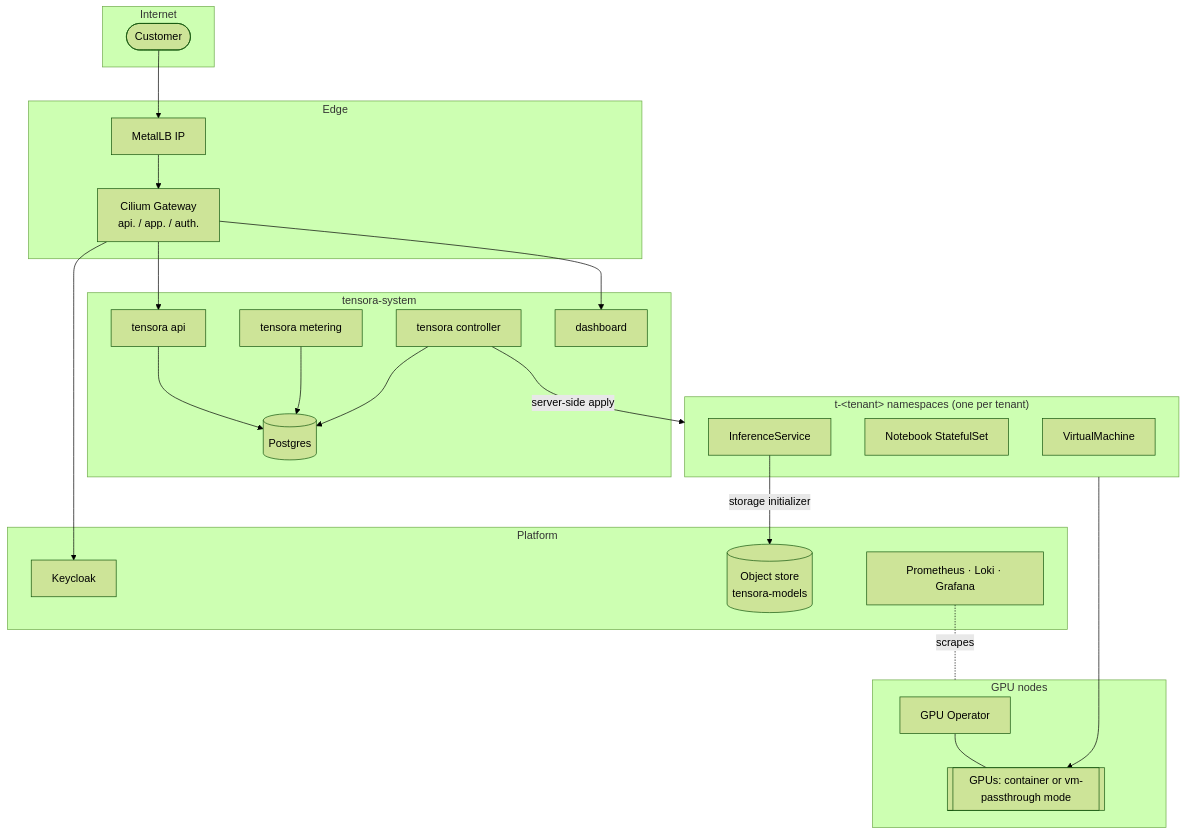
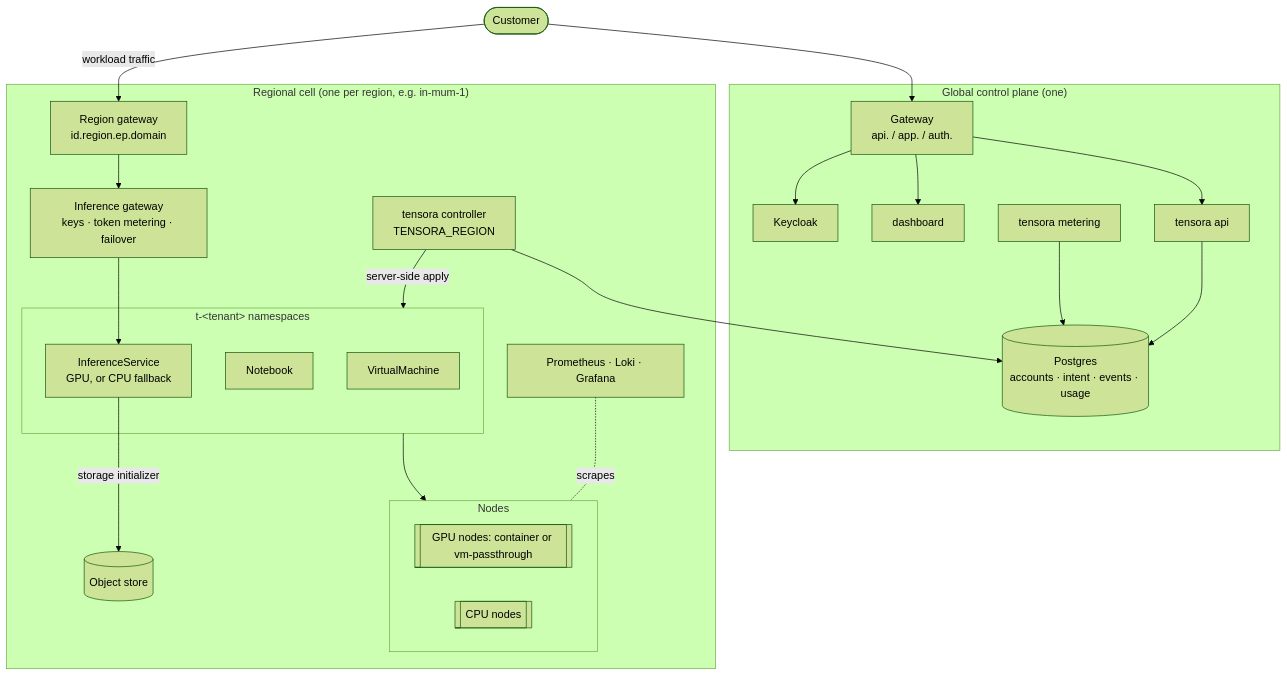
One commit to krishnanand20/Tensora changed the first of 2 diagrams in docs/architecture/overview.md. Above: the diagram before and after it, drawn with Mermaid (forest theme). The commit also changed other lines of this file and 52 other files, not shown here.

````diff
--- a/docs/architecture/overview.md
+++ b/docs/architecture/overview.md
@@ -47,41 +47,37 @@
 ```mermaid
 flowchart TB
-  subgraph Internet
-    cust([Customer])
+  cust([Customer])
+  subgraph Global["Global control plane (one)"]
+    ggw[Gateway<br/>api. / app. / auth.]
+    api[tensora api]
+    web[dashboard]
+    meter[tensora metering]
+    kc[Keycloak]
+    pg[(Postgres<br/>accounts · intent · events · usage)]
   end
-  subgraph Edge
-    gw[Cilium Gateway<br/>api. / app. / auth.]
-    lb[MetalLB IP]
+  subgraph Cell["Regional cell (one per region, e.g. in-mum-1)"]
+    rgw[Region gateway<br/>id.region.ep.domain]
+    igw[Inference gateway<br/>keys · token metering · failover]
+    ctrl[tensora controller<br/>TENSORA_REGION]
+    s3[(Object store)]
+    obs[Prometheus · Loki · Grafana]
+    subgraph Tenant["t-&lt;tenant&gt; namespaces"]
+      vm[VirtualMachine]
+      nb[Notebook]
+      ep[InferenceService<br/>GPU, or CPU fallback]
+    end
+    subgraph Nodes[Nodes]
+      gpus[[GPU nodes: container or vm-passthrough]]
+      cpus[[CPU nodes]]
+    end
   end
-  subgraph CP[tensora-system]
-    api[tensora api]
-    ctrl[tensora controller]
-    meter[tensora metering]
-    web[dashboard]
-    pg[(Postgres)]
-  end
-  subgraph Platform
-    kc[Keycloak]
-    s3[(Object store<br/>tensora-models)]
-    obs[Prometheus · Loki · Grafana]
-  end
-  subgraph Tenant["t-&lt;tenant&gt; namespaces (one per tenant)"]
-    vm[VirtualMachine]
-    nb[Notebook StatefulSet]
-    ep[InferenceService]
-  end
-  subgraph Node[GPU nodes]
-    gpuop[GPU Operator]
-    gpus[[GPUs: container or vm-passthrough mode]]
-  end
-  cust --> lb --> gw
-  gw --> api & web & kc
+  cust --> ggw --> api & web & kc
+  cust -- workload traffic --> rgw --> igw --> ep
   api --> pg
   meter --> pg
   ctrl --> pg
   ctrl -- server-side apply --> Tenant
   ep -- storage initializer --> s3
-  Tenant --> gpus
-  gpuop --- gpus
-  obs -. scrapes .- Node
+  Tenant --> Nodes
+  obs -. scrapes .- Nodes
 ```
````
